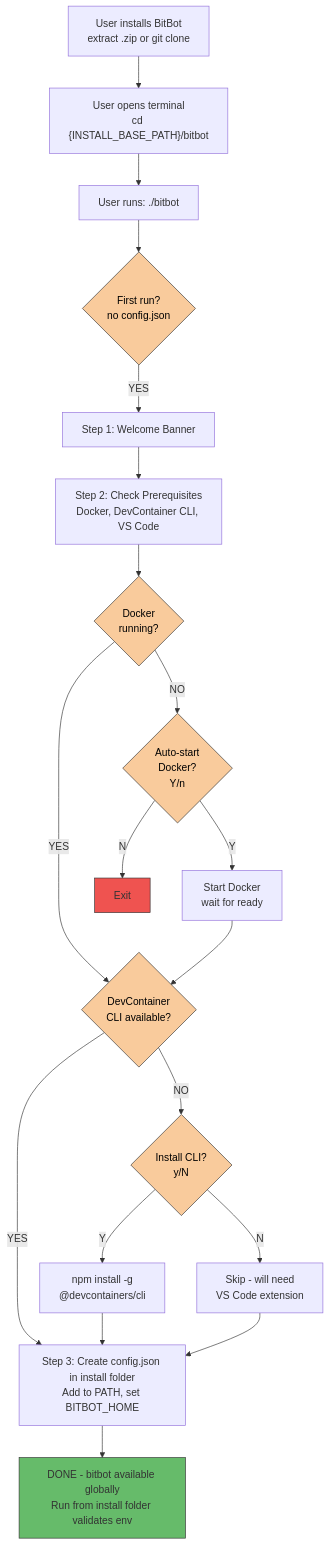
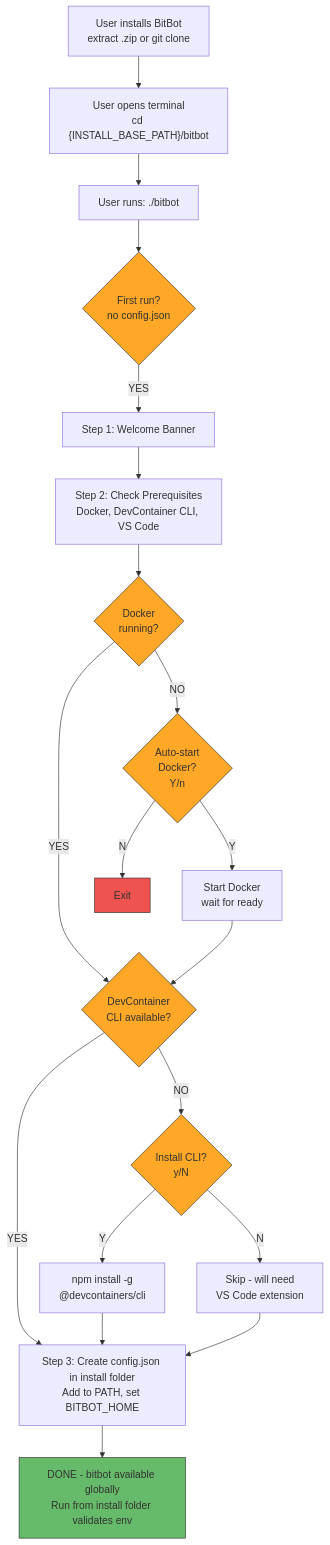
Before and after one commit to ManuelKugelmann/BitBot: the diagram in sparc/2-pseudocode/FLOW_GLOBAL_INIT.md, drawn with Mermaid.

Commit message:
Apply FLOW_INNER_BITBOT color scheme to FLOW_GLOBAL_INIT
Updated FLOW_GLOBAL_INIT.md:
- Peach (#f9cb9c) → Orange (#ffa726,color:#333) for check nodes

Simplified to 4-color scheme: blue, orange, green, red.

````diff
--- a/sparc/2-pseudocode/FLOW_GLOBAL_INIT.md
+++ b/sparc/2-pseudocode/FLOW_GLOBAL_INIT.md
@@ -32,44 +32,44 @@
 ```mermaid
 flowchart TD
     Start[User installs BitBot<br/>extract .zip or git clone]
     Navigate["User opens terminal<br/>cd {INSTALL_BASE_PATH}/bitbot"]
     Run["User runs: ./bitbot"]
     FirstRun{First run?<br/>no config.json}
 
     Start --> Navigate --> Run --> FirstRun
 
     FirstRun -->|YES| Step1[Step 1: Welcome Banner]
     Step1 --> Step2[Step 2: Check Prerequisites<br/>Docker, DevContainer CLI, VS Code]
 
     Step2 --> DockerRunning{Docker<br/>running?}
 
     DockerRunning -->|NO| AutoStart{Auto-start<br/>Docker?<br/>Y/n}
     DockerRunning -->|YES| CheckCLI
 
     AutoStart -->|Y| StartDocker[Start Docker<br/>wait for ready]
     AutoStart -->|N| ExitDocker[Exit]
 
     StartDocker --> CheckCLI
 
     CheckCLI{DevContainer<br/>CLI available?}
 
     CheckCLI -->|NO| InstallCLI{Install CLI?<br/>y/N}
     CheckCLI -->|YES| Step3
 
     InstallCLI -->|Y| NpmInstall[npm install -g<br/>@devcontainers/cli]
     InstallCLI -->|N| SkipCLI[Skip - will need<br/>VS Code extension]
 
     NpmInstall --> Step3
     SkipCLI --> Step3
 
     Step3[Step 3: Create config.json in install folder<br/>Add to PATH, set BITBOT_HOME]
     Step3 --> Done[DONE - bitbot available globally<br/>Run from install folder validates env]
 
-    style FirstRun fill:#f9cb9c,stroke:#333,color:#000
-    style DockerRunning fill:#f9cb9c,stroke:#333,color:#000
-    style AutoStart fill:#f9cb9c,stroke:#333,color:#000
-    style CheckCLI fill:#f9cb9c,stroke:#333,color:#000
-    style InstallCLI fill:#f9cb9c,stroke:#333,color:#000
+    style FirstRun fill:#ffa726,stroke:#333,color:#333
+    style DockerRunning fill:#ffa726,stroke:#333,color:#333
+    style AutoStart fill:#ffa726,stroke:#333,color:#333
+    style CheckCLI fill:#ffa726,stroke:#333,color:#333
+    style InstallCLI fill:#ffa726,stroke:#333,color:#333
     style Done fill:#66bb6a,stroke:#333,color:#333
     style ExitDocker fill:#ef5350,stroke:#333,color:#333
 ```
````
